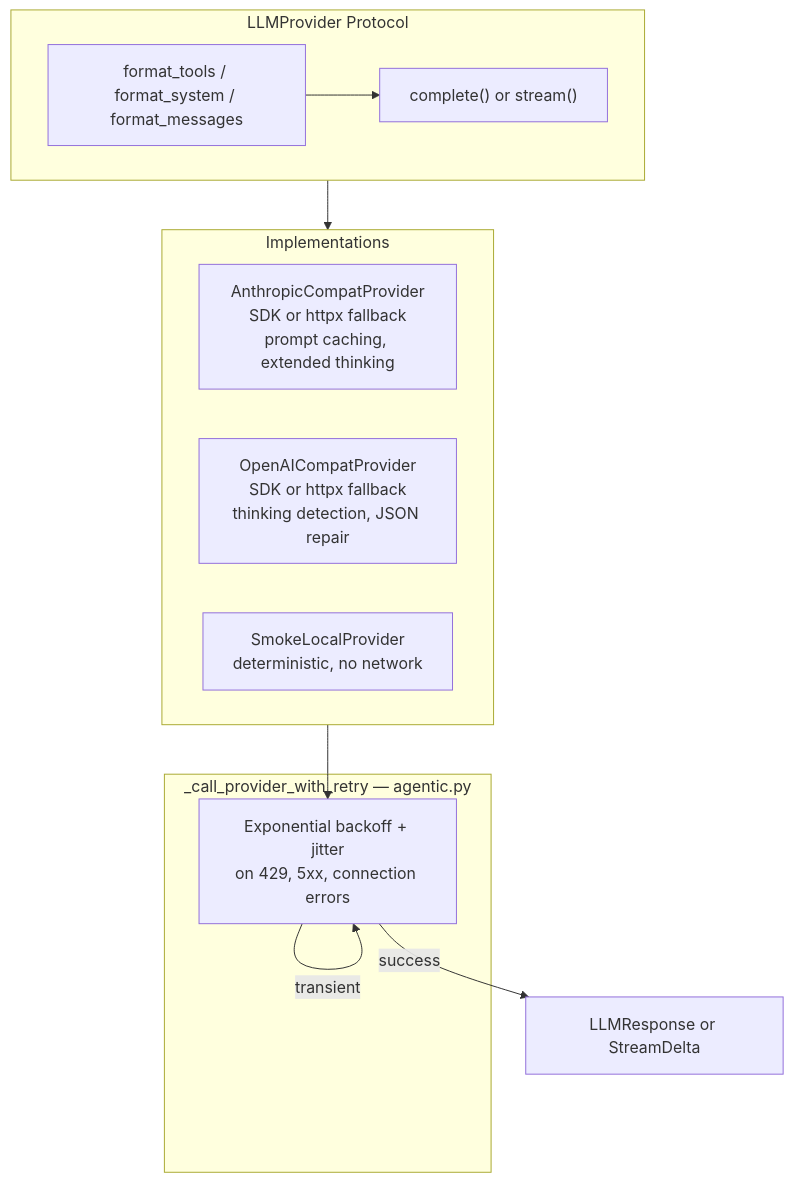
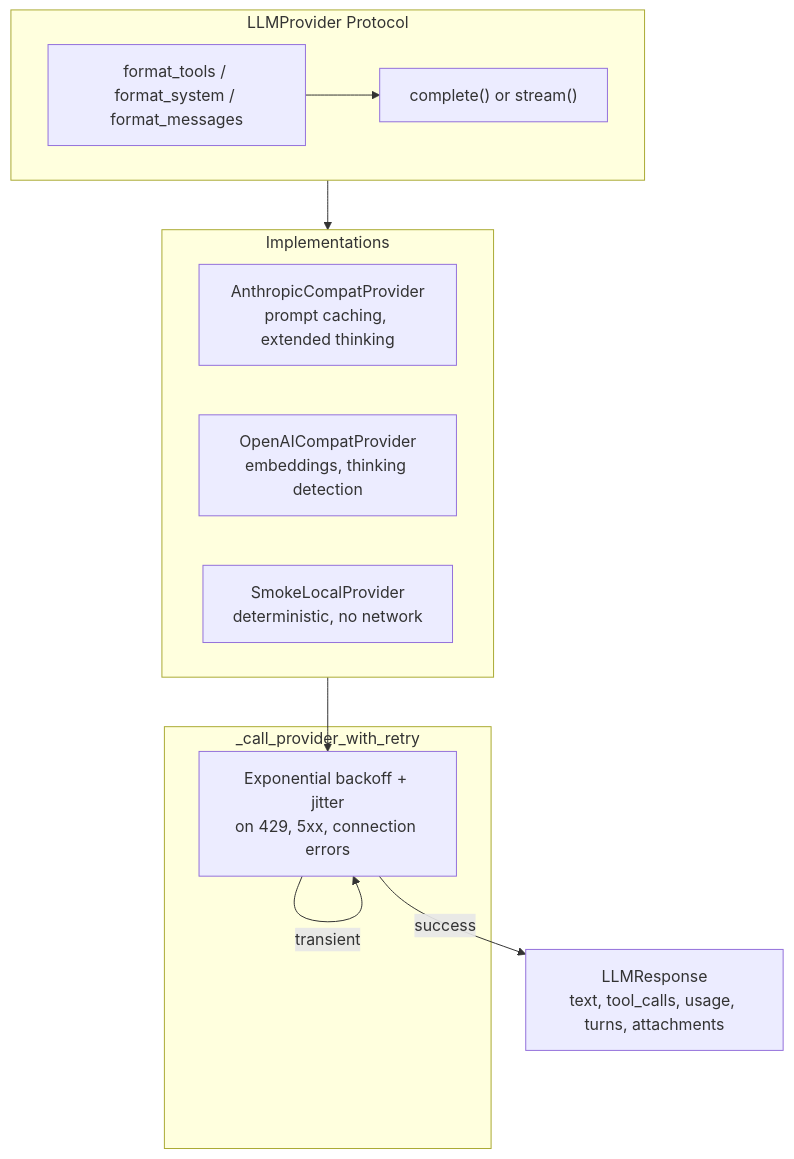
Before and after one commit to nicolasforstinger/lucyd: the fifth of 10 diagrams in docs/diagrams.md, drawn with Mermaid. The commit also changed other lines of this file and 1 other file, not shown here.

First line of the commit message:
Rewrite diagrams.md and operations.md from code

````diff
--- a/docs/diagrams.md
+++ b/docs/diagrams.md
@@ -188,26 +181,26 @@
 ```mermaid
 flowchart TD
     subgraph Protocol["LLMProvider Protocol"]
         direction LR
         FMT["format_tools / format_system / format_messages"]
         CALL["complete() or stream()"]
     end
 
     subgraph Providers["Implementations"]
-        ANTHROPIC["AnthropicCompatProvider<br/>SDK or httpx fallback<br/>prompt caching, extended thinking"]
-        OPENAI["OpenAICompatProvider<br/>SDK or httpx fallback<br/>thinking detection, JSON repair"]
+        ANTHROPIC["AnthropicCompatProvider<br/>prompt caching, extended thinking"]
+        OPENAI["OpenAICompatProvider<br/>embeddings, thinking detection"]
         SMOKE["SmokeLocalProvider<br/>deterministic, no network"]
     end
 
-    subgraph Retry["_call_provider_with_retry — agentic.py"]
+    subgraph Retry["_call_provider_with_retry"]
         BACKOFF["Exponential backoff + jitter<br/>on 429, 5xx, connection errors"]
     end
 
-    RESP["LLMResponse or StreamDelta"]
+    RESP["LLMResponse<br/>text, tool_calls, usage, turns, attachments"]
 
     FMT --> CALL
     CALL --> Providers
     Providers --> BACKOFF
     BACKOFF -->|transient| BACKOFF
     BACKOFF -->|success| RESP
 ```
````
